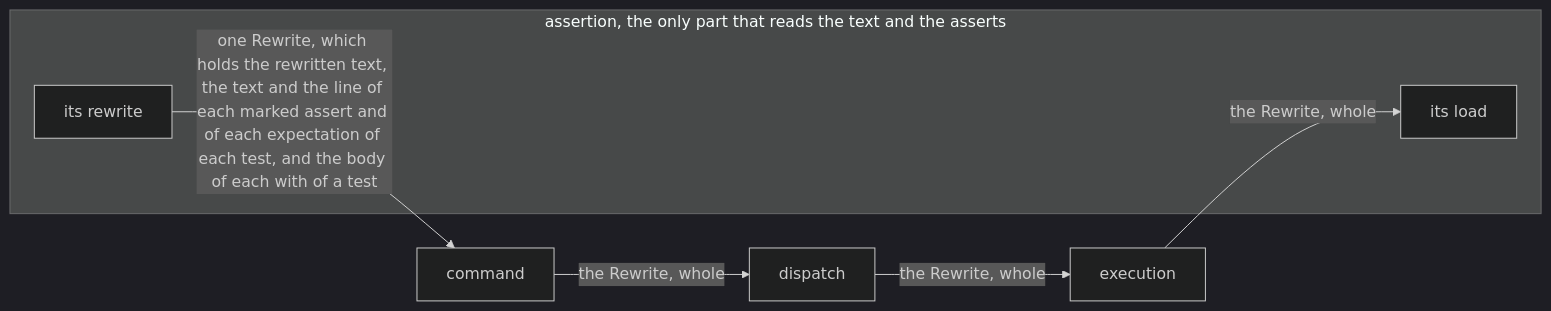
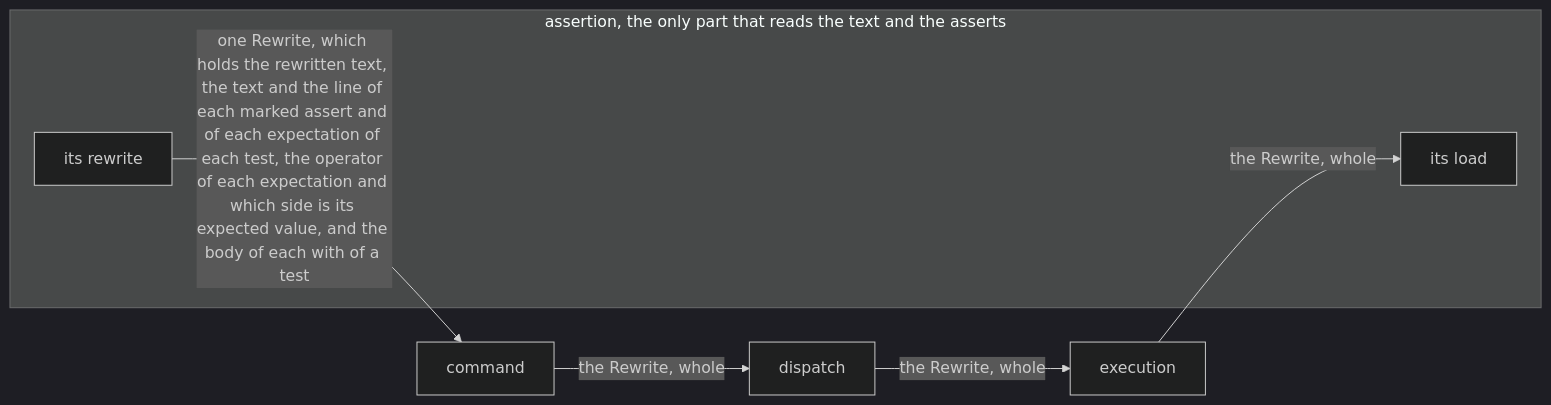
The diagram in docs/decisions/assertions-rewrite-crosses-each-part-whole-and-only-assertion-opens-it.md (kalonji-tools/purba), drawn with Mermaid (dark theme) before and after one commit. The commit also changed 6 other files, not shown here.

````diff
--- a/docs/decisions/assertions-rewrite-crosses-each-part-whole-and-only-assertion-opens-it.md
+++ b/docs/decisions/assertions-rewrite-crosses-each-part-whole-and-only-assertion-opens-it.md
@@ -30,11 +30,11 @@
 ```mermaid
 flowchart LR
   subgraph assertion["assertion, the only part that reads the text and the asserts"]
     rewrite["its rewrite"]
     load["its load"]
   end
-  rewrite -->|"one Rewrite, which holds the rewritten text, the text and the line of each marked assert and of each expectation of each test, and the body of each with of a test"| command
+  rewrite -->|"one Rewrite, which holds the rewritten text, the text and the line of each marked assert and of each expectation of each test, the operator of each expectation and which side is its expected value, and the body of each with of a test"| command
   command -->|"the Rewrite, whole"| dispatch
   dispatch -->|"the Rewrite, whole"| execution
   execution -->|"the Rewrite, whole"| load
 ```
````
